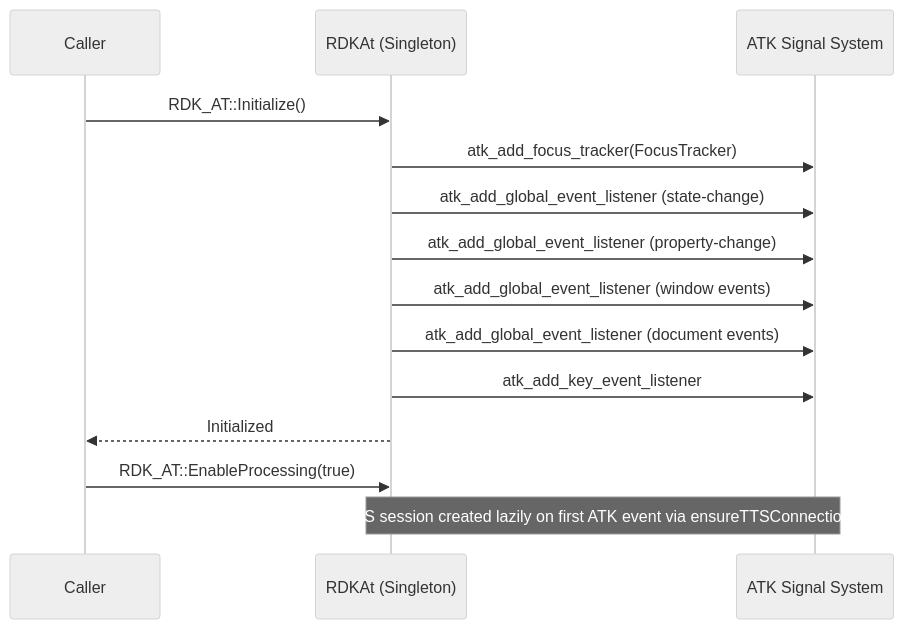
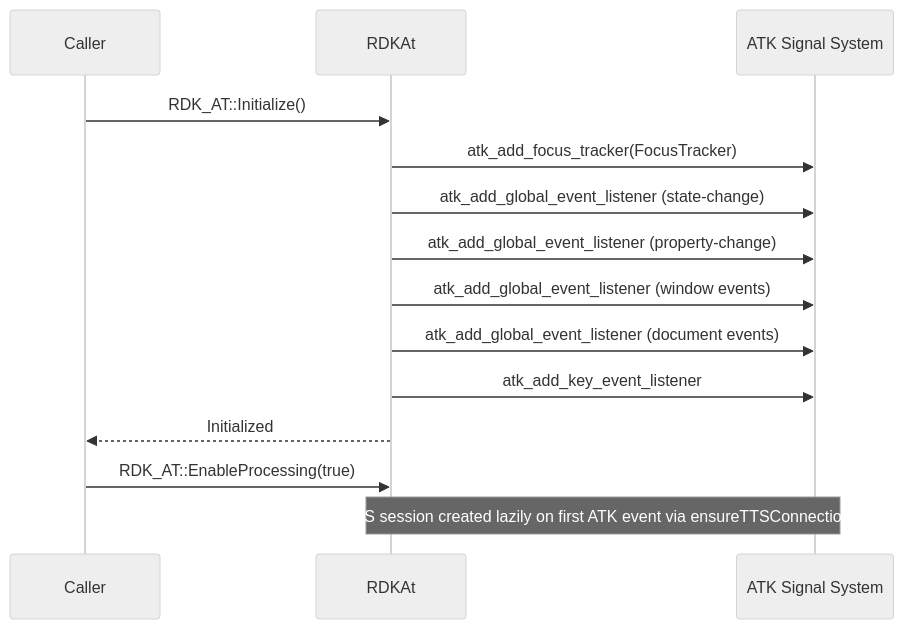
Before and after one commit to rns21/RDK_Documentation: the fourth of 9 diagrams in docs/docu/RDKV-Documentations/rdkat.md, drawn with Mermaid (neutral theme). The commit also changed other lines of this file, not shown here.

````diff
--- a/docs/docu/RDKV-Documentations/rdkat.md
+++ b/docs/docu/RDKV-Documentations/rdkat.md
@@ -180,18 +180,18 @@
 ```mermaid
 sequenceDiagram
     participant Caller as Caller
-    participant RDKAt as RDKAt (Singleton)
+    participant RDKAt as RDKAt
     participant ATK as ATK Signal System
 
     Caller->>RDKAt: RDK_AT::Initialize()
     RDKAt->>ATK: atk_add_focus_tracker(FocusTracker)
     RDKAt->>ATK: atk_add_global_event_listener (state-change)
     RDKAt->>ATK: atk_add_global_event_listener (property-change)
     RDKAt->>ATK: atk_add_global_event_listener (window events)
     RDKAt->>ATK: atk_add_global_event_listener (document events)
     RDKAt->>ATK: atk_add_key_event_listener
     RDKAt-->>Caller: Initialized
 
     Caller->>RDKAt: RDK_AT::EnableProcessing(true)
     Note over RDKAt,ATK: TTS session created lazily on first ATK event via ensureTTSConnection()
 ```
````
